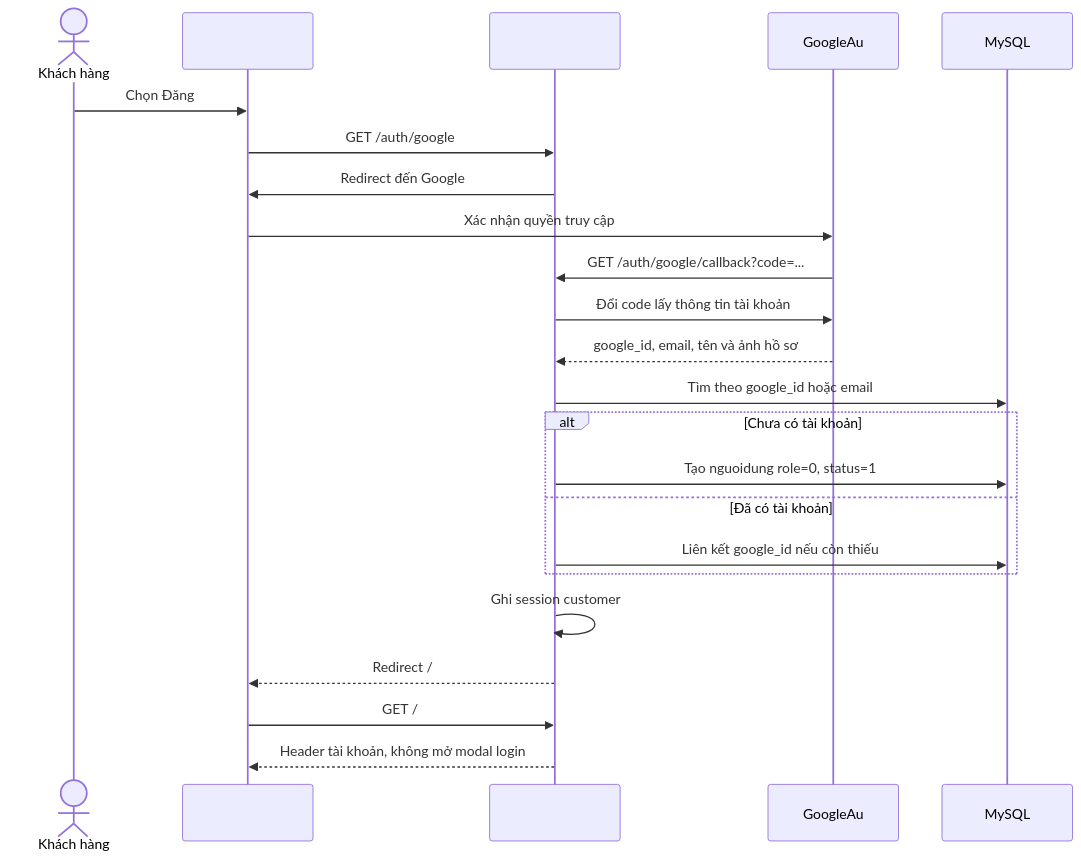
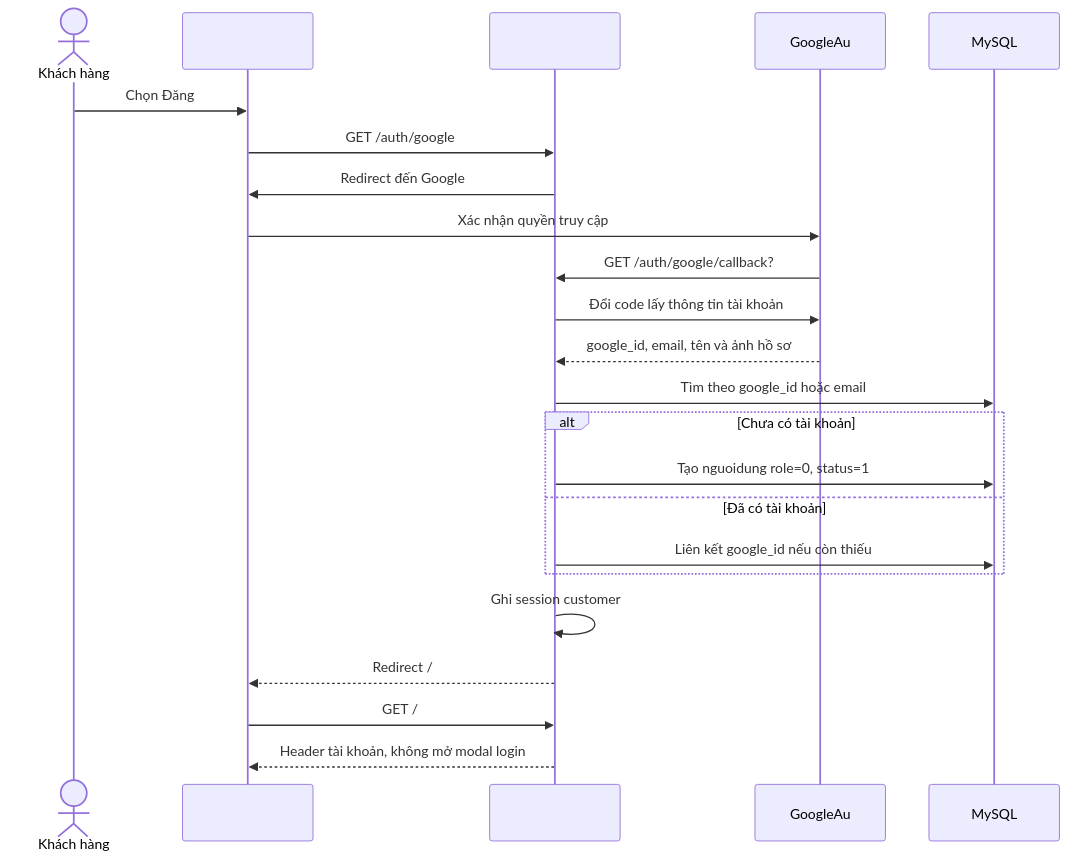
Before and after one commit to ThuanDepzai03/DuAnTotNghiep: the third of 4 diagrams in README.md, drawn with Mermaid.

Commit message:
sửa sản phẩm

````diff
--- a/README.md
+++ b/README.md
@@ -715,26 +715,26 @@
 ```mermaid
 sequenceDiagram
         actor Customer as Khách hàng
         participant Browser as 
         participant Laravel as
         participant Google as GoogleAu
         participant DB as MySQL
 
         Customer->>Browser: Chọn Đăng
         Browser->>Laravel: GET /auth/google
         Laravel->>Browser: Redirect đến Google
         Browser->>Google: Xác nhận quyền truy cập
-        Google->>Laravel: GET /auth/google/callback?code=...
+        Google->>Laravel: GET /auth/google/callback?
         Laravel->>Google: Đổi code lấy thông tin tài khoản
         Google-->>Laravel: google_id, email, tên và ảnh hồ sơ
         Laravel->>DB: Tìm theo google_id hoặc email
         alt Chưa có tài khoản
                 Laravel->>DB: Tạo nguoidung role=0, status=1
         else Đã có tài khoản
                 Laravel->>DB: Liên kết google_id nếu còn thiếu
         end
         Laravel->>Laravel: Ghi session customer
         Laravel-->>Browser: Redirect /
         Browser->>Laravel: GET /
         Laravel-->>Browser: Header tài khoản, không mở modal login
 ```
````
